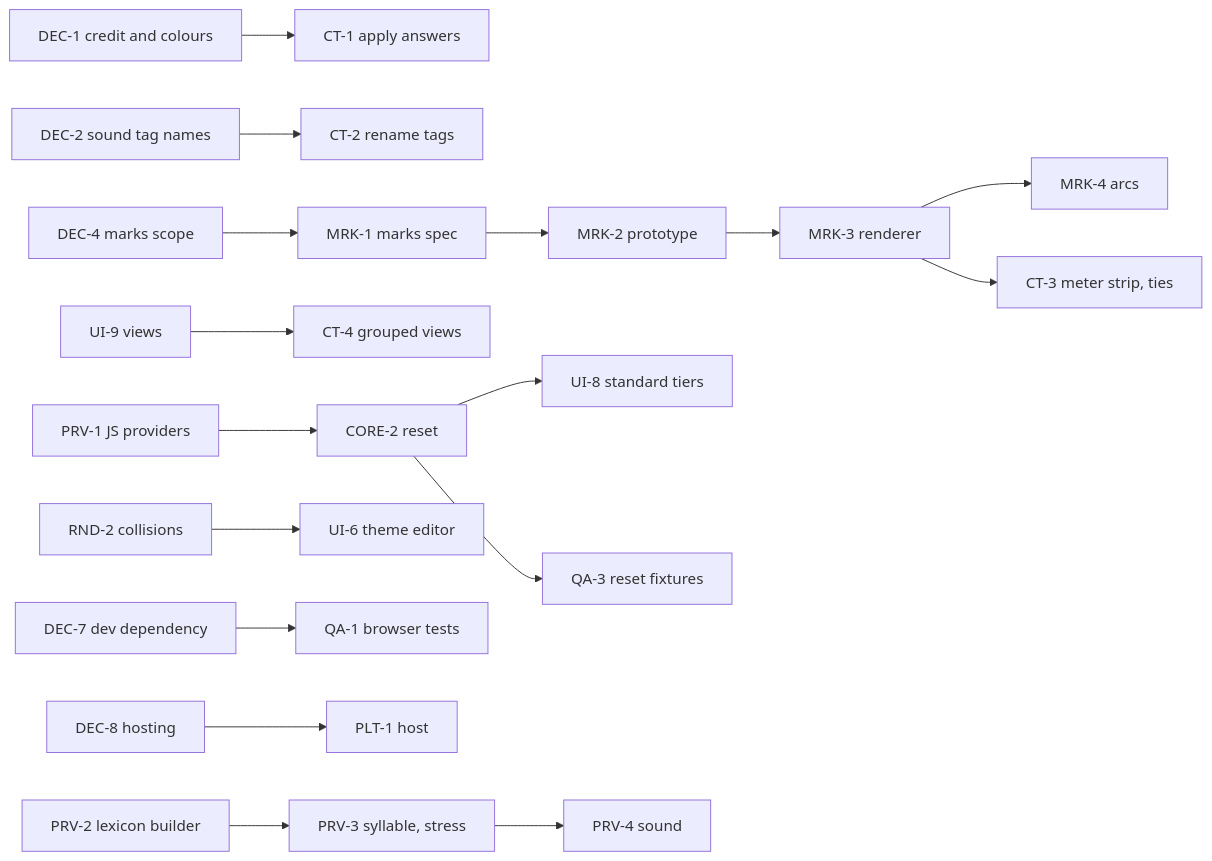
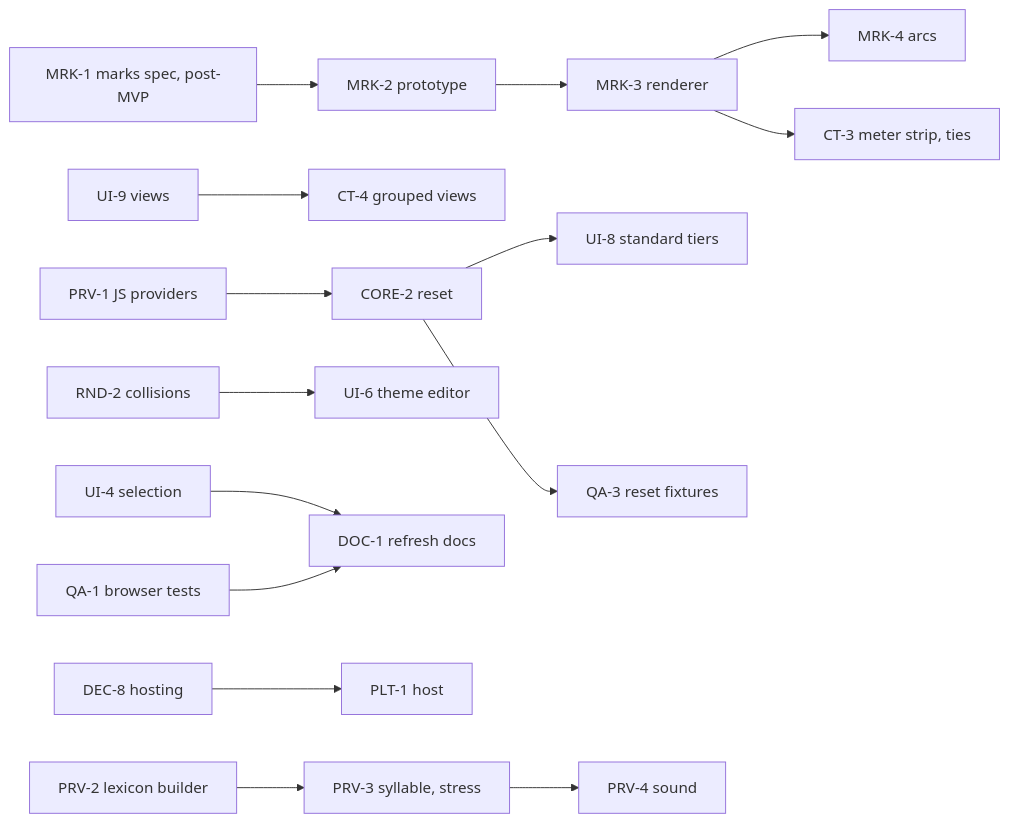
One commit to alexsasharegan/poetic-overtones changed the diagram in docs/ROADMAP.md. Above: the diagram before and after it, drawn with Mermaid. The commit also changed other lines of this file and 25 other files, not shown here.

````diff
--- a/docs/ROADMAP.md
+++ b/docs/ROADMAP.md
@@ -133,15 +144,14 @@
 ```mermaid
 flowchart LR
-  DEC1[DEC-1 credit and colours] --> CT1[CT-1 apply answers]
-  DEC2[DEC-2 sound tag names] --> CT2[CT-2 rename tags]
-  DEC4[DEC-4 marks scope] --> MRK1[MRK-1 marks spec] --> MRK2[MRK-2 prototype] --> MRK3[MRK-3 renderer]
+  MRK1[MRK-1 marks spec, post-MVP] --> MRK2[MRK-2 prototype] --> MRK3[MRK-3 renderer]
   MRK3 --> MRK4[MRK-4 arcs]
   MRK3 --> CT3[CT-3 meter strip, ties]
   UI9[UI-9 views] --> CT4[CT-4 grouped views]
   PRV1[PRV-1 JS providers] --> CORE2[CORE-2 reset] --> UI8[UI-8 standard tiers]
   CORE2 --> QA3[QA-3 reset fixtures]
   RND2[RND-2 collisions] --> UI6[UI-6 theme editor]
-  DEC7[DEC-7 dev dependency] --> QA1[QA-1 browser tests]
+  UI4[UI-4 selection] --> DOC1[DOC-1 refresh docs]
+  QA1[QA-1 browser tests] --> DOC1
   DEC8[DEC-8 hosting] --> PLT1[PLT-1 host]
   PRV2[PRV-2 lexicon builder] --> PRV3[PRV-3 syllable, stress] --> PRV4[PRV-4 sound]
 ```
````
